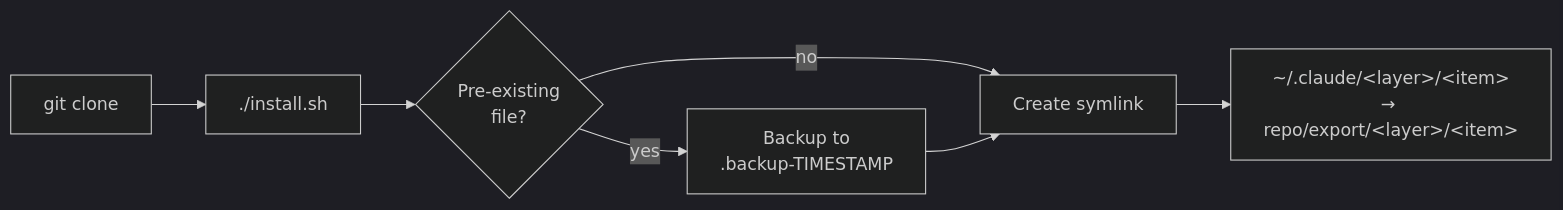
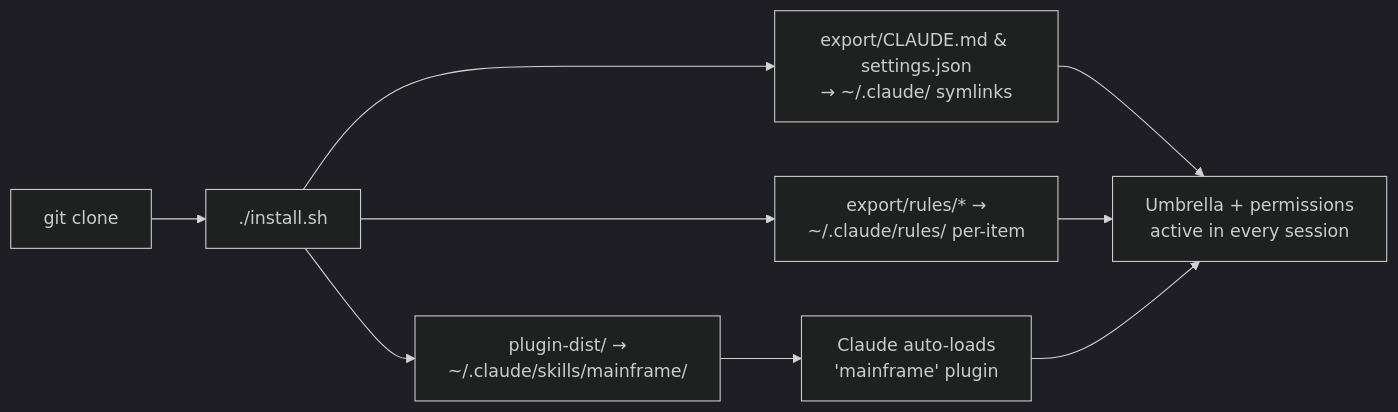
Before and after one commit to CATWILLgh/MAINFRAME: the second of 4 diagrams in README.md, drawn with Mermaid (dark theme). The commit also changed other lines of this file, not shown here.

````diff
--- a/README.md
+++ b/README.md
@@ -91,9 +93,11 @@
 ```mermaid
 graph LR
     A[git clone] --> B[./install.sh]
-    B --> C{Pre-existing<br/>file?}
-    C -->|yes| D[Backup to<br/>.backup-TIMESTAMP]
-    C -->|no| E[Create symlink]
-    D --> E
-    E --> F[~/.claude/&lt;layer&gt;/&lt;item&gt;<br/>→ repo/export/&lt;layer&gt;/&lt;item&gt;]
+    B --> C[plugin-dist/ →<br/>~/.claude/skills/mainframe/]
+    B --> D[export/CLAUDE.md & settings.json<br/>→ ~/.claude/ symlinks]
+    B --> E[export/rules/* →<br/>~/.claude/rules/ per-item]
+    C --> F[Claude auto-loads<br/>'mainframe' plugin]
+    D --> G[Umbrella + permissions<br/>active in every session]
+    E --> G
+    F --> G
 ```
````
